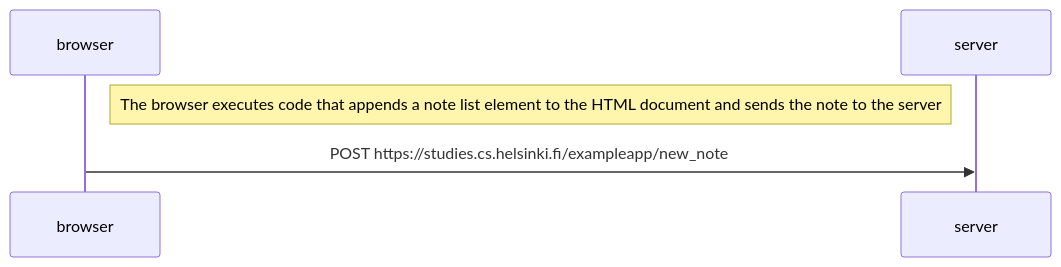
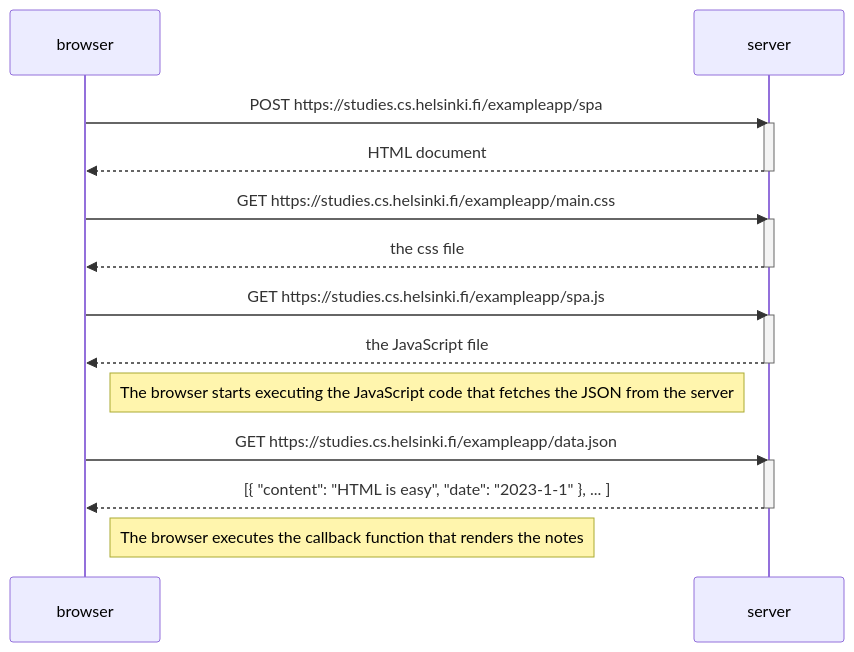
One commit to hewmax2001/FullStackOpenExcercises changed the diagram in part0/part0.5.md. Above: the diagram before and after it, drawn with Mermaid. The commit also changed 1 other file, not shown here.

Commit message:
Renamed 0.5 to 0.6 and added actual 0.5

````diff
--- a/part0/part0.5.md
+++ b/part0/part0.5.md
@@ -1,8 +1,29 @@
 ```mermaid
 sequenceDiagram
     participant browser
     participant server
 
-    Note right of browser: The browser executes code that appends a note list element to the HTML document and sends the note to the server
-    browser->>server: POST https://studies.cs.helsinki.fi/exampleapp/new_note
+    browser->>server: POST https://studies.cs.helsinki.fi/exampleapp/spa
+    activate server
+    server-->>browser: HTML document
+    deactivate server
+
+    browser->>server: GET https://studies.cs.helsinki.fi/exampleapp/main.css
+    activate server
+    server-->>browser: the css file
+    deactivate server
+
+    browser->>server: GET https://studies.cs.helsinki.fi/exampleapp/spa.js
+    activate server
+    server-->>browser: the JavaScript file
+    deactivate server
+
+    Note right of browser: The browser starts executing the JavaScript code that fetches the JSON from the server
+
+    browser->>server: GET https://studies.cs.helsinki.fi/exampleapp/data.json
+    activate server
+    server-->>browser: [{ "content": "HTML is easy", "date": "2023-1-1" }, ... ]
+    deactivate server
+
+    Note right of browser: The browser executes the callback function that renders the notes
 ```
````
